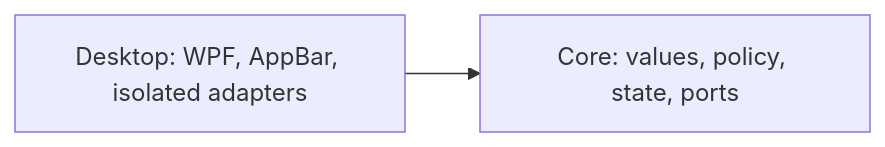
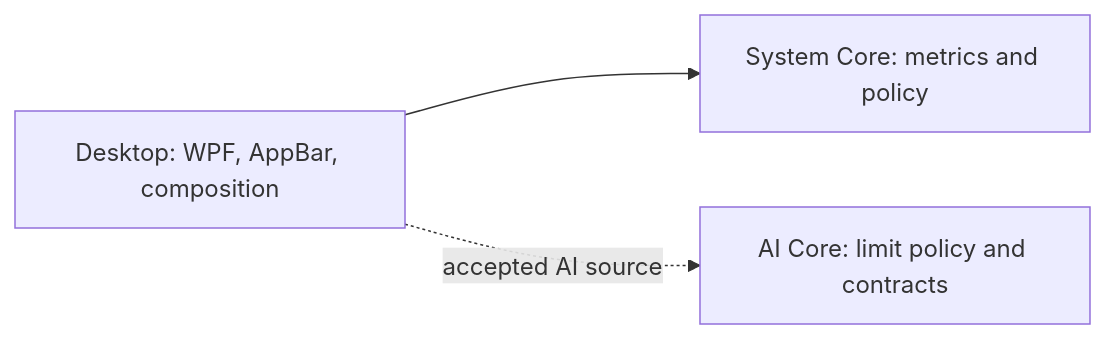
The diagram in docs/implementation-plan.md (maxViolet/System-Resource-Monitor), drawn with Mermaid before and after one commit. The commit also changed other lines of this file and 22 other files, not shown here.

Commit message:
refactor: group system projects and split AI Core

````diff
--- a/docs/implementation-plan.md
+++ b/docs/implementation-plan.md
@@ -32,4 +30,5 @@
 ```mermaid
 flowchart LR
-    Desktop[Desktop: WPF, AppBar, isolated adapters] --> Core[Core: values, policy, state, ports]
+    Desktop[Desktop: WPF, AppBar, composition] --> SystemCore[System Core: metrics and policy]
+    Desktop -. accepted AI source .-> AICore[AI Core: limit policy and contracts]
 ```
````
